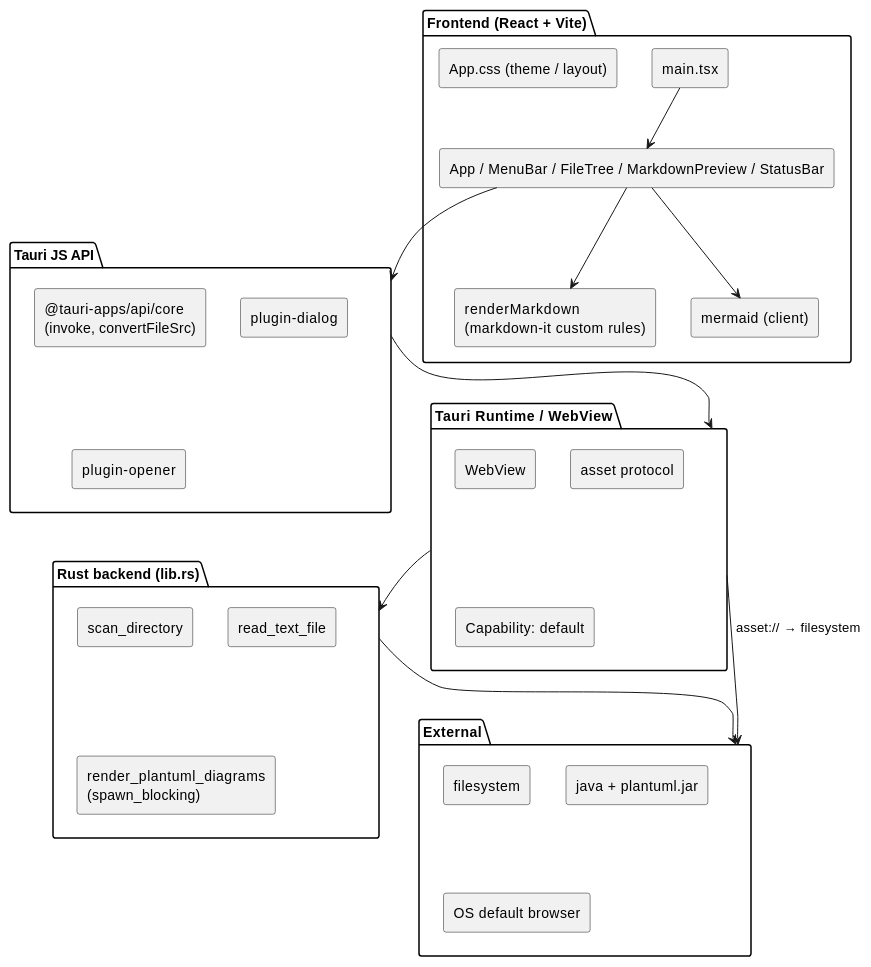
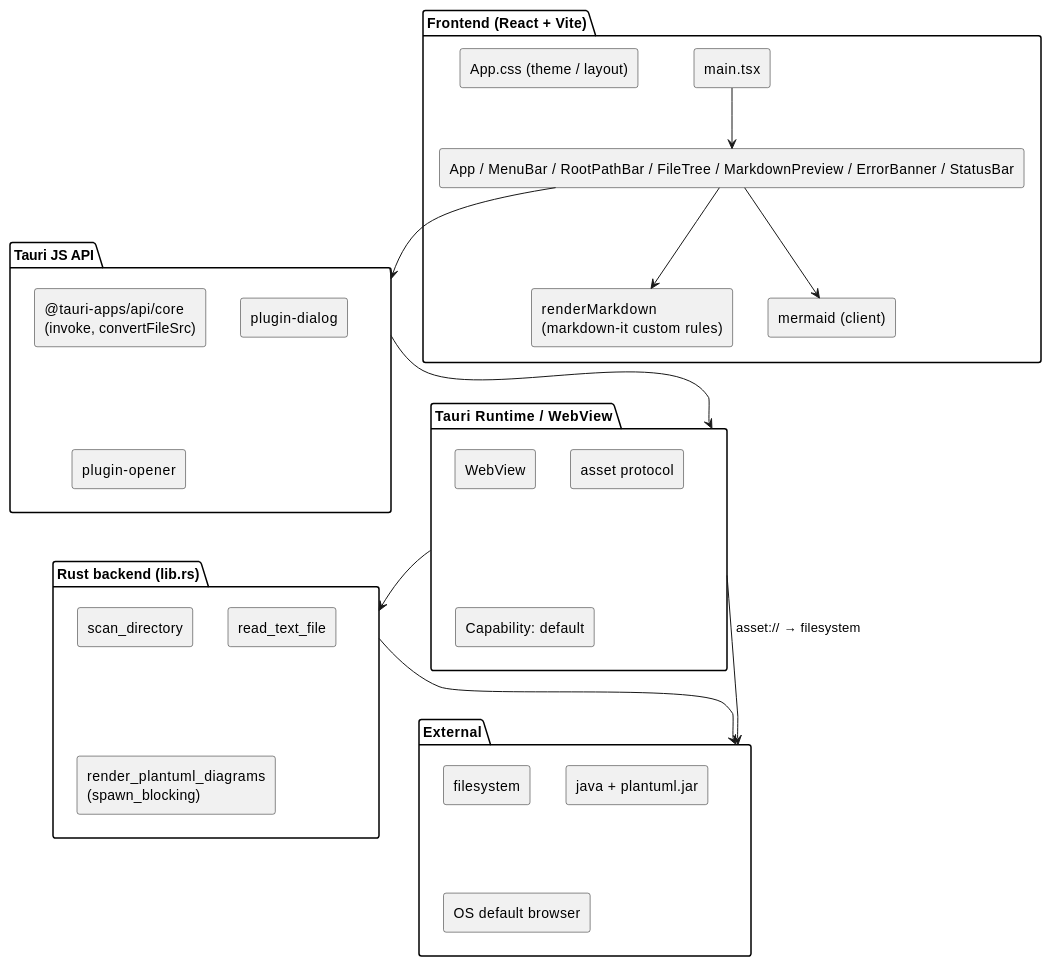
Before and after one commit to an-embedded-engineer/MarkdownViewer: the first of 3 diagrams in docs/components/tauri_viewer/basic_design.md, drawn with PlantUML. The commit also changed other lines of this file and 10 other files, not shown here.

Commit message:
fix: improve Tauri root and error status layout

````diff
--- a/docs/components/tauri_viewer/basic_design.md
+++ b/docs/components/tauri_viewer/basic_design.md
@@ -40,47 +40,47 @@
 ```plantuml
 @startuml
 skinparam shadowing false
 skinparam componentStyle rectangle
 
 package "Frontend (React + Vite)" as F {
   [main.tsx]
-  [App / MenuBar / FileTree / MarkdownPreview / StatusBar]
+  [App / MenuBar / RootPathBar / FileTree / MarkdownPreview / ErrorBanner / StatusBar]
   [renderMarkdown\n(markdown-it custom rules)]
   [mermaid (client)]
   [App.css (theme / layout)]
 }
 
 package "Tauri JS API" as TJS {
   [@tauri-apps/api/core\n(invoke, convertFileSrc)]
   [plugin-dialog]
   [plugin-opener]
 }
 
 package "Tauri Runtime / WebView" as TR {
   [WebView]
   [asset protocol]
   [Capability: default]
 }
 
 package "Rust backend (lib.rs)" as R {
   [scan_directory]
   [read_text_file]
   [render_plantuml_diagrams\n(spawn_blocking)]
 }
 
 package "External" as E {
   [filesystem]
   [java + plantuml.jar]
   [OS default browser]
 }
 
-[main.tsx] --> [App / MenuBar / FileTree / MarkdownPreview / StatusBar]
-[App / MenuBar / FileTree / MarkdownPreview / StatusBar] --> TJS
-[App / MenuBar / FileTree / MarkdownPreview / StatusBar] --> [renderMarkdown\n(markdown-it custom rules)]
-[App / MenuBar / FileTree / MarkdownPreview / StatusBar] --> [mermaid (client)]
+[main.tsx] --> [App / MenuBar / RootPathBar / FileTree / MarkdownPreview / ErrorBanner / StatusBar]
+[App / MenuBar / RootPathBar / FileTree / MarkdownPreview / ErrorBanner / StatusBar] --> TJS
+[App / MenuBar / RootPathBar / FileTree / MarkdownPreview / ErrorBanner / StatusBar] --> [renderMarkdown\n(markdown-it custom rules)]
+[App / MenuBar / RootPathBar / FileTree / MarkdownPreview / ErrorBanner / StatusBar] --> [mermaid (client)]
 TJS --> TR
 TR --> R
 R --> E
 TR --> E : asset:// → filesystem
 @enduml
 ```
````
